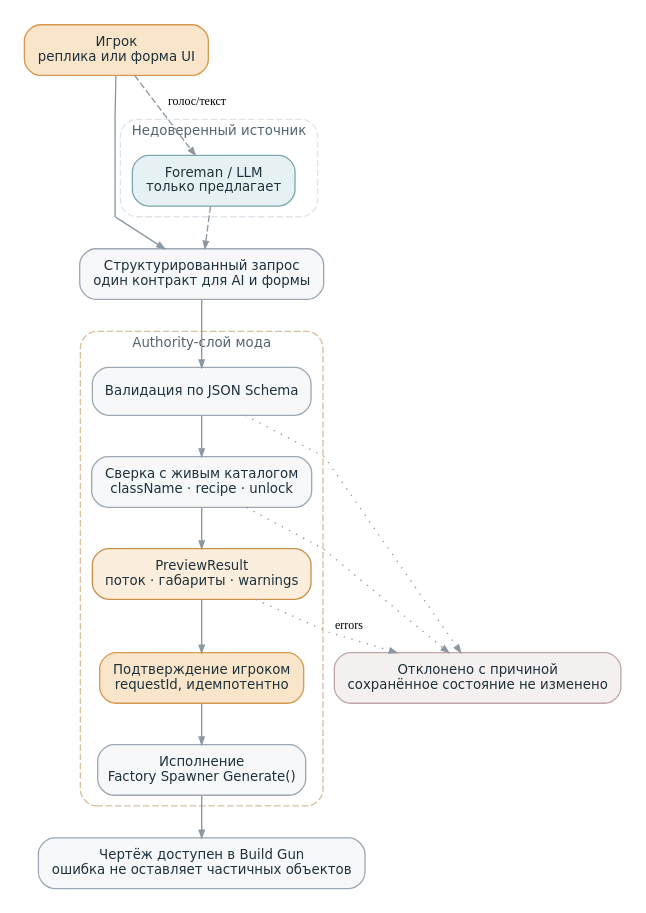
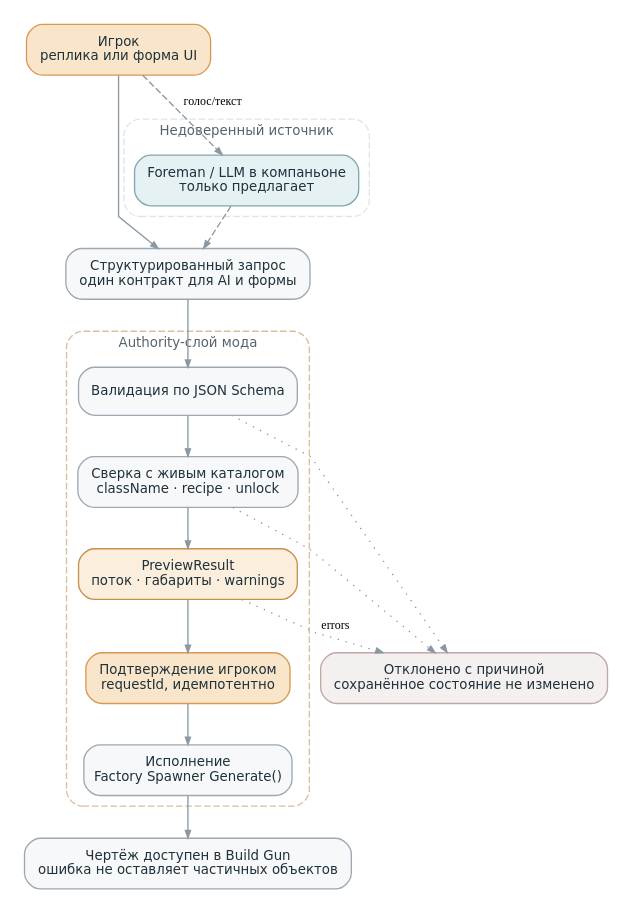
One commit to kkkingqz/ficsit-ai-helper changed the diagram in docs/assets/actions.dot. Above: the diagram before and after it, drawn with Graphviz. The commit also changed 13 other files, not shown here.

```diff
--- a/docs/assets/actions.dot
+++ b/docs/assets/actions.dot
@@ -1,38 +1,38 @@
-// FICSIT AI v2.0-draft — путь действия с игровыми последствиями (пример: Blueprint, v1.1).
+// FICSIT AI v3.0-draft — путь действия с игровыми последствиями (пример: Blueprint, v1.1).
 // Сетевой границы больше нет; граница доверия осталась границей кода.
 // Рендер: dot -Tpng -Gdpi=150 actions.dot -o actions.png
 digraph G {
   graph [rankdir=TB, nodesep=.25, ranksep=.40, pad=.15, bgcolor="white",
          fontname="DejaVu Sans", splines=polyline];
   node  [shape=box, style="rounded,filled", fontname="DejaVu Sans", fontsize=10,
          color="#9DA8B2", fillcolor="#F7F8FA", fontcolor="#1F313B", margin=".14,.11"];
   edge  [color="#8B98A3", arrowsize=.55];
 
   player [label="Игрок\nреплика или форма UI", fillcolor="#F9E6CA", color="#D69A53"];
   intent [label="Структурированный запрос\nодин контракт для AI и формы"];
 
   subgraph cluster_untrusted {
     label="Недоверенный источник"; fontsize=10; fontcolor="#54646F"; color="#DFE5EA"; style="rounded,dashed";
-    llm [label="Foreman / LLM\nтолько предлагает", fillcolor="#E6F1F3", color="#7FA7B0"];
+    llm [label="Foreman / LLM в компаньоне\nтолько предлагает", fillcolor="#E6F1F3", color="#7FA7B0"];
   }
 
   subgraph cluster_trusted {
     label="Authority-слой мода"; fontsize=10; fontcolor="#54646F"; color="#D8BFA0"; style="rounded,dashed";
     schema  [label="Валидация по JSON Schema"];
     live    [label="Сверка с живым каталогом\nclassName · recipe · unlock"];
     preview [label="PreviewResult\nпоток · габариты · warnings", fillcolor="#FBEEDC", color="#C98F4C"];
     confirm [label="Подтверждение игроком\nrequestId, идемпотентно", fillcolor="#F9E6CA", color="#D69A53"];
     exec    [label="Исполнение\nFactory Spawner Generate()"];
   }
 
   result [label="Чертёж доступен в Build Gun\nошибка не оставляет частичных объектов"];
   reject [label="Отклонено с причиной\nсохранённое состояние не изменено", fillcolor="#F4F0F0", color="#C0A8A8"];
 
   player -> intent;
   player -> llm [style=dashed, label="голос/текст", fontsize=9];
   llm -> intent [style=dashed];
   intent -> schema -> live -> preview -> confirm -> exec -> result;
   schema  -> reject [style=dotted];
   live    -> reject [style=dotted];
   preview -> reject [style=dotted, label="errors", fontsize=9];
 }
```
